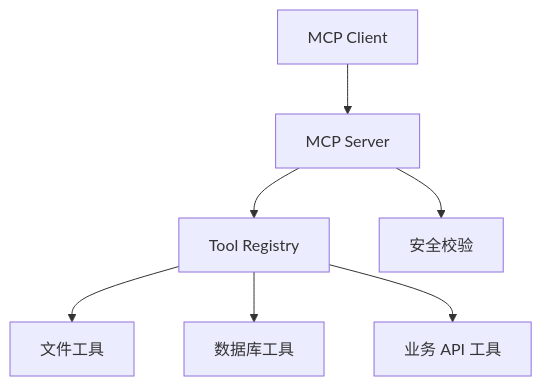
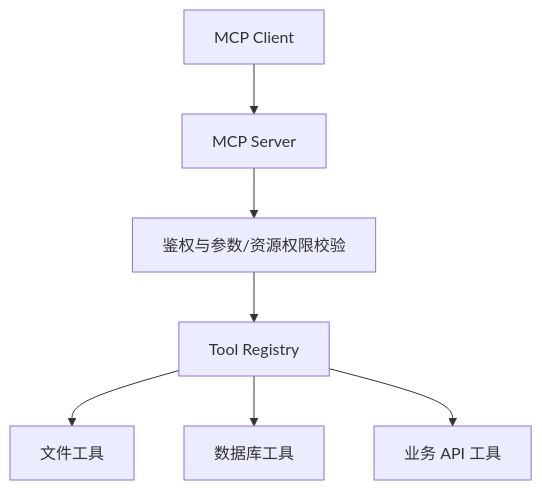
One commit to GuoWWWX/knowledge-base changed the diagram in 10-AI应用开发/08-项目实战/06-项目-MCP-Server工具集.md. Above: the diagram before and after it, drawn with Mermaid. The commit also changed other lines of this file and 251 other files, not shown here.

````diff
--- a/10-AI应用开发/08-项目实战/06-项目-MCP-Server工具集.md
+++ b/10-AI应用开发/08-项目实战/06-项目-MCP-Server工具集.md
@@ -47,9 +47,9 @@
 ```mermaid
 flowchart TD
     A[MCP Client] --> B[MCP Server]
-    B --> C[Tool Registry]
+    B --> G[鉴权与参数/资源权限校验]
+    G --> C[Tool Registry]
     C --> D[文件工具]
     C --> E[数据库工具]
     C --> F[业务 API 工具]
-    B --> G[安全校验]
 ```
````
